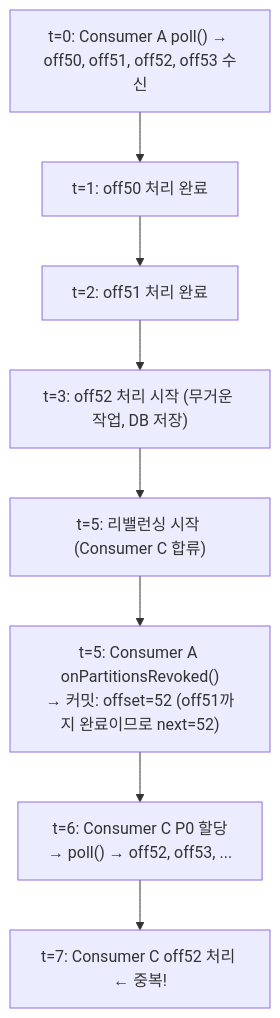
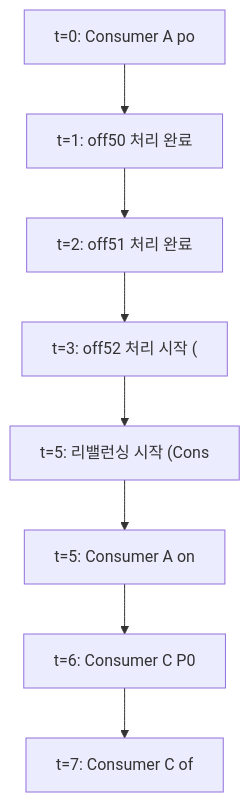
Before and after one commit to yjkim2015/yjkim2015.github.io: the sixth of 21 diagrams in _posts/kafka/2026-05-01-kafka-extreme-scenarios.md, drawn with Mermaid. The commit also changed other lines of this file and 271 other files, not shown here.

First line of the commit message:
Mermaid 라벨 축소: 긴 노드 텍스트 18자 이하로 트림 + \n 제거

````diff
--- a/_posts/kafka/2026-05-01-kafka-extreme-scenarios.md
+++ b/_posts/kafka/2026-05-01-kafka-extreme-scenarios.md
@@ -113,12 +113,12 @@
 ```mermaid
 graph TD
-    T0["t=0: Consumer A poll() → off50, off51, off52, off53 수신"]
+    T0["t=0: Consumer A po"]
     T1["t=1: off50 처리 완료"]
     T2["t=2: off51 처리 완료"]
-    T3["t=3: off52 처리 시작 (무거운 작업, DB 저장)"]
-    T5A["t=5: 리밸런싱 시작 (Consumer C 합류)"]
-    T5B["t=5: Consumer A onPartitionsRevoked()\n→ 커밋: offset=52 (off51까지 완료이므로 next=52)"]
-    T6["t=6: Consumer C P0 할당\n→ poll() → off52, off53, ..."]
-    T7["t=7: Consumer C off52 처리 ← 중복!"]
+    T3["t=3: off52 처리 시작 ("]
+    T5A["t=5: 리밸런싱 시작 (Cons"]
+    T5B["t=5: Consumer A on"]
+    T6["t=6: Consumer C P0"]
+    T7["t=7: Consumer C of"]
     T0 --> T1 --> T2 --> T3 --> T5A --> T5B --> T6 --> T7
 ```
````
